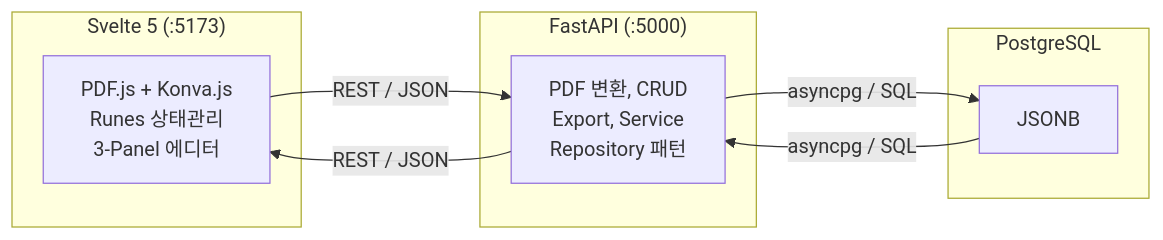
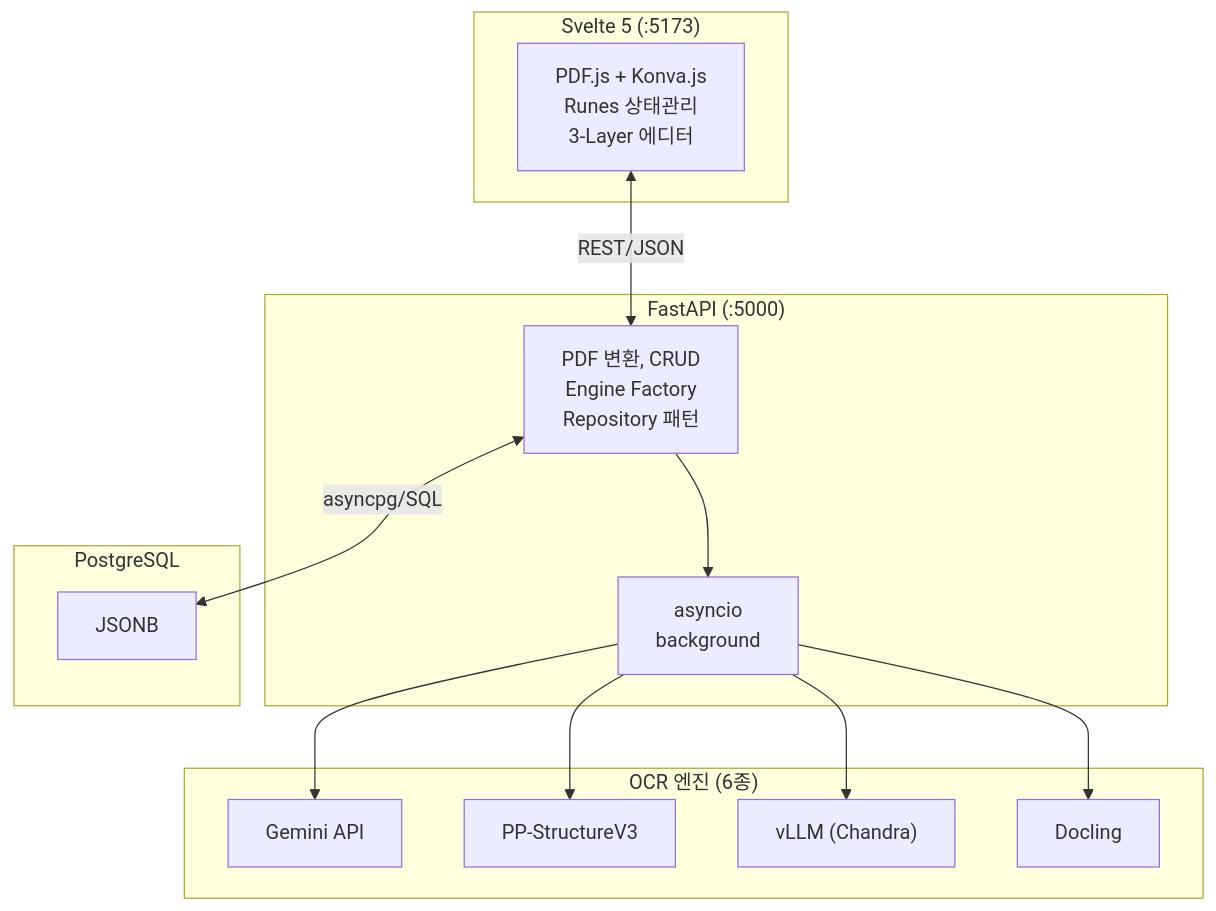
The diagram in README.md (appleparan/saegim), drawn with Mermaid before and after one commit. The commit also changed other lines of this file, not shown here.

Commit message:
docs: update root README.md to reflect Phase 2 completion
- Update architecture mermaid diagram with OCR engine subgraph
- Update OCR engine count from 4 to 6 (add docling)
- Add new features: reading order editor, relation tool, auto attribute classification
- Add docling_engine.py, labeling_service.py, attribute_classifier.py to project structure
- Add reading order and relation CRUD API endpoints

````diff
--- a/README.md
+++ b/README.md
@@ -11,16 +11,30 @@
 ```mermaid
-graph LR
-    subgraph "Svelte 5 (:5173)"
-        FE["PDF.js + Konva.js<br/>Runes 상태관리<br/>3-Panel 에디터"]
+graph TB
+    subgraph Frontend ["Svelte 5 (:5173)"]
+        FE["PDF.js + Konva.js<br/>Runes 상태관리<br/>3-Layer 에디터"]
     end
-    subgraph "FastAPI (:5000)"
-        BE["PDF 변환, CRUD<br/>Export, Service<br/>Repository 패턴"]
+
+    subgraph Backend ["FastAPI (:5000)"]
+        API["PDF 변환, CRUD<br/>Engine Factory<br/>Repository 패턴"]
+        BG["asyncio<br/>background"]
     end
-    subgraph PostgreSQL
-        DB["JSONB"]
+
+    subgraph DB ["PostgreSQL"]
+        PG["JSONB"]
     end
-    FE -- "REST / JSON" --> BE
-    BE -- "REST / JSON" --> FE
-    BE -- "asyncpg / SQL" --> DB
-    DB -- "asyncpg / SQL" --> BE
+
+    subgraph OCR ["OCR 엔진 (6종)"]
+        GEMINI["Gemini API"]
+        PPS["PP-StructureV3"]
+        VLLM["vLLM (Chandra)"]
+        DOCLING["Docling"]
+    end
+
+    FE <-->|"REST/JSON"| API
+    API <-->|"asyncpg/SQL"| PG
+    API --> BG
+    BG --> GEMINI
+    BG --> PPS
+    BG --> VLLM
+    BG --> DOCLING
 ```
````
